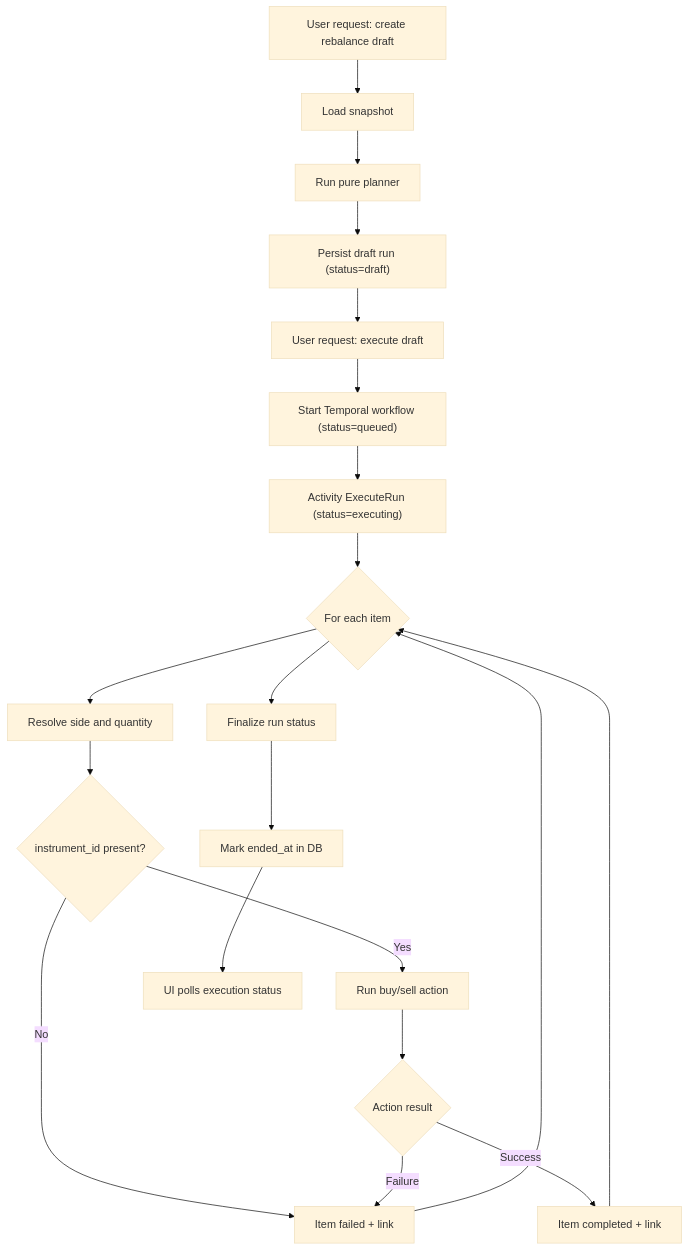
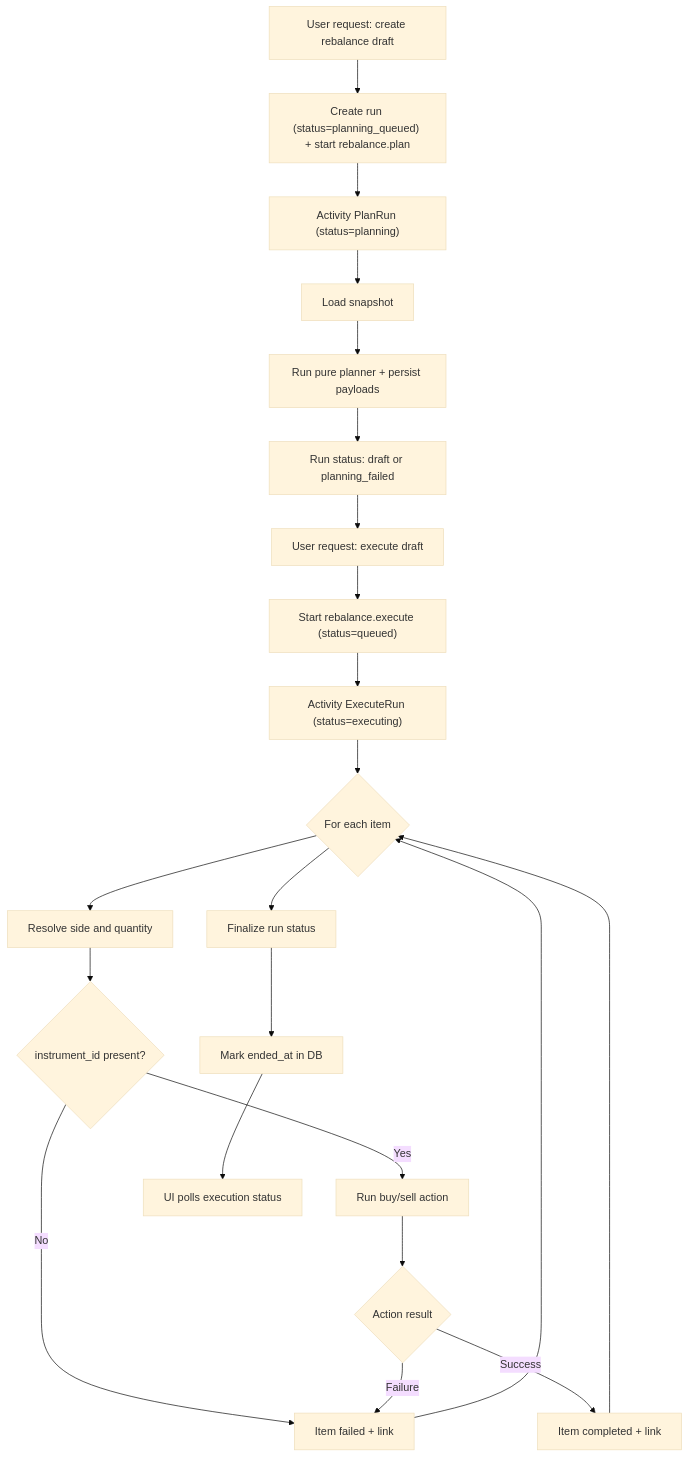
One commit to Wgmlgz/index-replication changed the first of 2 diagrams in docs/rebalancing/execution-pipeline.md. Above: the diagram before and after it, drawn with Mermaid (base theme). The commit also changed other lines of this file and 19 other files, not shown here.

````diff
--- a/docs/rebalancing/execution-pipeline.md
+++ b/docs/rebalancing/execution-pipeline.md
@@ -74,22 +77,24 @@
 ```mermaid
 flowchart TD
-    A["User request: create rebalance draft"] --> B["Load snapshot"]
-    B --> C["Run pure planner"]
-    C --> D["Persist draft run (status=draft)"]
-    D --> E["User request: execute draft"]
-    E --> F["Start Temporal workflow (status=queued)"]
-    F --> G["Activity ExecuteRun (status=executing)"]
-    G --> H{For each item}
-    H --> I["Resolve side and quantity"]
-    I --> J{"instrument_id present?"}
-    J -->|No| O["Item failed + link"]
-    J -->|Yes| L["Run buy/sell action"]
-    L --> M{Action result}
-    M -->|Success| N["Item completed + link"]
-    M -->|Failure| O["Item failed + link"]
-    N --> H
-    O --> H
-    H --> P["Finalize run status"]
-    P --> Q["Mark ended_at in DB"]
-    Q --> R["UI polls execution status"]
+    A["User request: create rebalance draft"] --> B["Create run (status=planning_queued) + start rebalance.plan"]
+    B --> C["Activity PlanRun (status=planning)"]
+    C --> D["Load snapshot"]
+    D --> E["Run pure planner + persist payloads"]
+    E --> F["Run status: draft or planning_failed"]
+    F --> G["User request: execute draft"]
+    G --> H["Start rebalance.execute (status=queued)"]
+    H --> I["Activity ExecuteRun (status=executing)"]
+    I --> J{For each item}
+    J --> K["Resolve side and quantity"]
+    K --> L{"instrument_id present?"}
+    L -->|No| P["Item failed + link"]
+    L -->|Yes| M["Run buy/sell action"]
+    M --> N{Action result}
+    N -->|Success| O["Item completed + link"]
+    N -->|Failure| P["Item failed + link"]
+    O --> J
+    P --> J
+    J --> Q["Finalize run status"]
+    Q --> R["Mark ended_at in DB"]
+    R --> S["UI polls execution status"]
 ```
````
